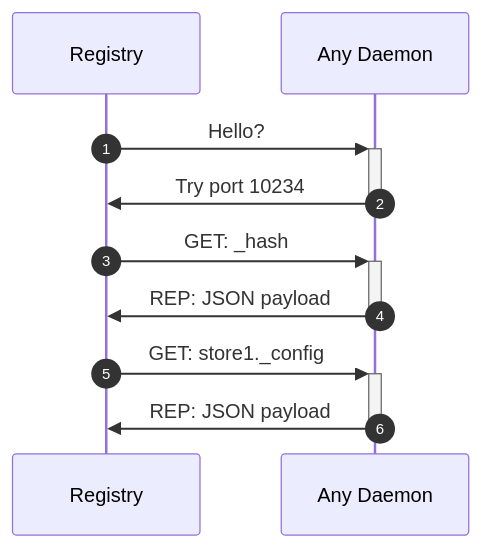
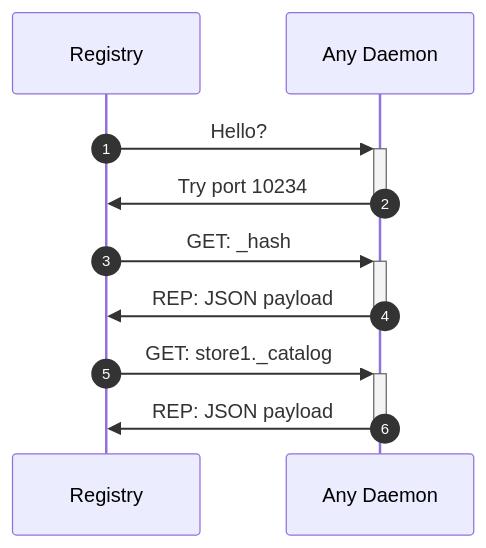
Before and after one commit to KeckObservatory/mKTL: the diagram in doc/protocol_discover_registry.mmd, drawn with Mermaid. The commit also changed 3 other files, not shown here.

Commit message:
_config is now _catalog.

```diff
--- a/doc/protocol_discover_registry.mmd
+++ b/doc/protocol_discover_registry.mmd
@@ -1,13 +1,13 @@
 sequenceDiagram
     autonumber
     Participant Registry
     Participant Daemon as Any Daemon
 
     Registry->>+Daemon: Hello?
     Daemon->>-Registry: Try port 10234
 
     Registry->>+Daemon: GET: _hash
     Daemon->>-Registry: REP: JSON payload
 
-    Registry->>+Daemon: GET: store1._config
+    Registry->>+Daemon: GET: store1._catalog
     Daemon->>-Registry: REP: JSON payload
```
